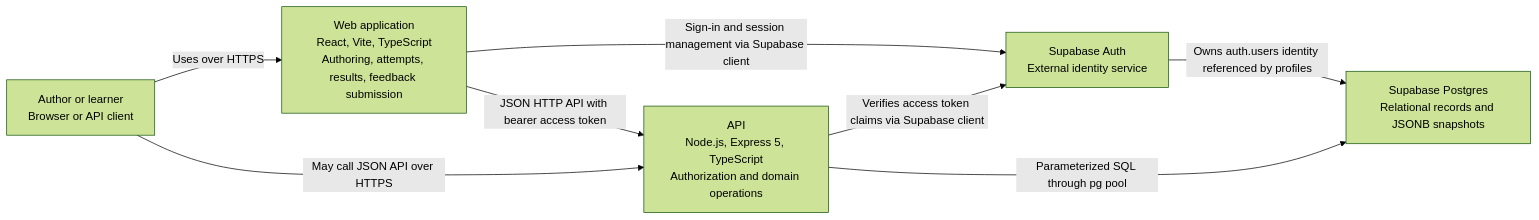
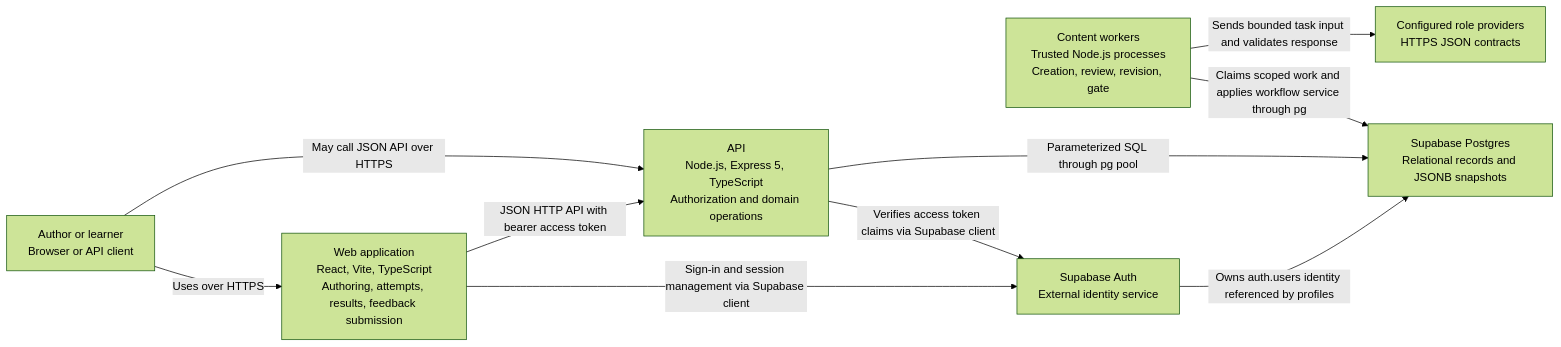
Before and after one commit to crennie/quiz-builder: the diagram in docs/architecture/static/containers.md, drawn with Mermaid (forest theme). The commit also changed other lines of this file and 38 other files, not shown here.

Commit message:
Add sponsored agent content workflow and review gate

````diff
--- a/docs/architecture/static/containers.md
+++ b/docs/architecture/static/containers.md
@@ -5,16 +5,20 @@
 ```mermaid
 flowchart LR
     person["Author or learner<br/>Browser or API client"]
     web["Web application<br/>React, Vite, TypeScript<br/>Authoring, attempts, results, feedback submission"]
     api["API<br/>Node.js, Express 5, TypeScript<br/>Authorization and domain operations"]
+    worker["Content workers<br/>Trusted Node.js processes<br/>Creation, review, revision, gate"]
+    provider["Configured role providers<br/>HTTPS JSON contracts"]
     auth["Supabase Auth<br/>External identity service"]
     db["Supabase Postgres<br/>Relational records and JSONB snapshots"]
 
     person -->|Uses over HTTPS| web
     person -->|May call JSON API over HTTPS| api
     web -->|Sign-in and session management via Supabase client| auth
     web -->|JSON HTTP API with bearer access token| api
     api -->|Verifies access token claims via Supabase client| auth
     api -->|Parameterized SQL through pg pool| db
+    worker -->|Claims scoped work and applies workflow service through pg| db
+    worker -->|Sends bounded task input and validates response| provider
     auth -->|Owns auth.users identity referenced by profiles| db
 ```
````
